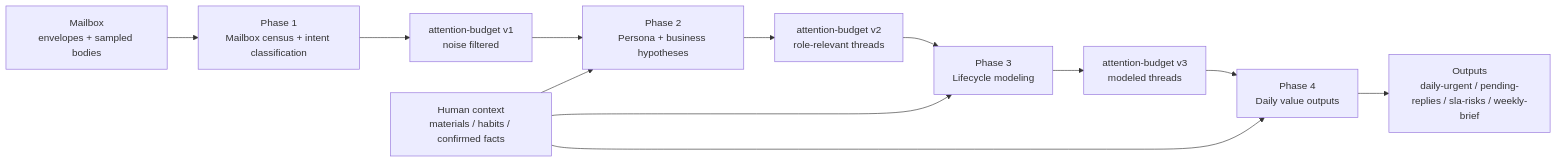
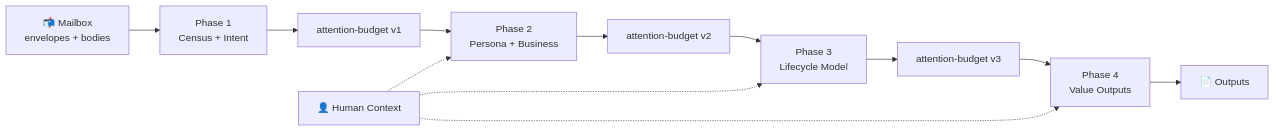
One commit to caapapx/email-bot changed the diagram in README.md. Above: the diagram before and after it, drawn with Mermaid. The commit also changed other lines of this file and 1 other file, not shown here.

````diff
--- a/README.md
+++ b/README.md
@@ -167,18 +178,8 @@
 ```mermaid
 flowchart LR
-    M["Mailbox<br/>envelopes + sampled bodies"]
-    C["Human context<br/>materials / habits / confirmed facts"]
-    P1["Phase 1<br/>Mailbox census + intent classification"]
-    B1["attention-budget v1<br/>noise filtered"]
-    P2["Phase 2<br/>Persona + business hypotheses"]
-    B2["attention-budget v2<br/>role-relevant threads"]
-    P3["Phase 3<br/>Lifecycle modeling"]
-    B3["attention-budget v3<br/>modeled threads"]
-    P4["Phase 4<br/>Daily value outputs"]
-    O["Outputs<br/>daily-urgent / pending-replies / sla-risks / weekly-brief"]
-
-    M --> P1 --> B1 --> P2 --> B2 --> P3 --> B3 --> P4 --> O
-    C --> P2
-    C --> P3
-    C --> P4
+    M["📬 Mailbox<br/>envelopes + bodies"] --> P1["Phase 1<br/>Census + Intent"] --> B1["attention-budget v1"]
+    B1 --> P2["Phase 2<br/>Persona + Business"] --> B2["attention-budget v2"]
+    B2 --> P3["Phase 3<br/>Lifecycle Model"] --> B3["attention-budget v3"]
+    B3 --> P4["Phase 4<br/>Value Outputs"] --> O["📄 Outputs"]
+    C["👤 Human Context"] -.-> P2 & P3 & P4
 ```
````
